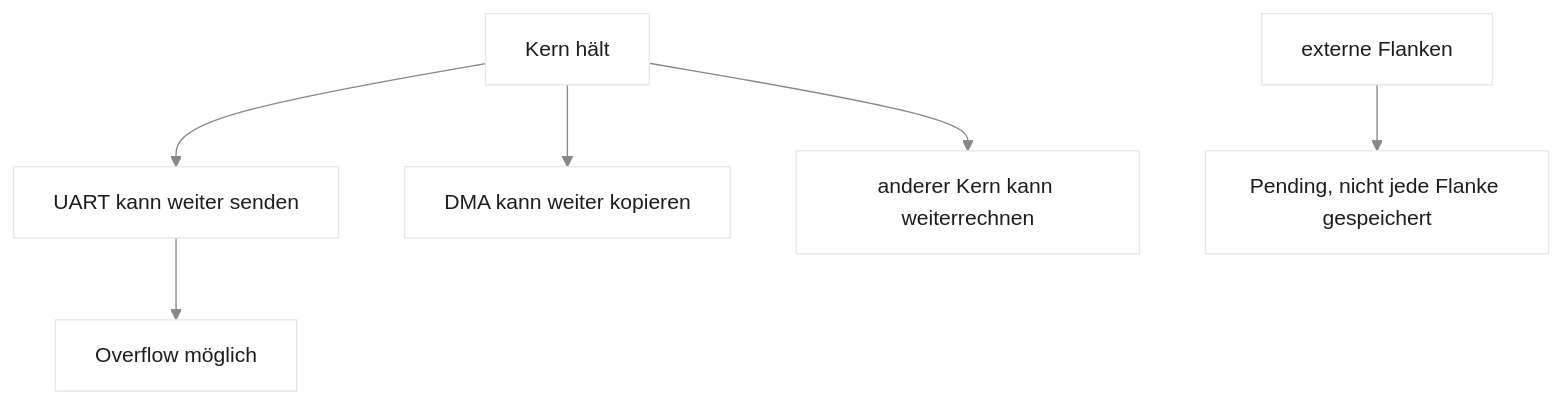
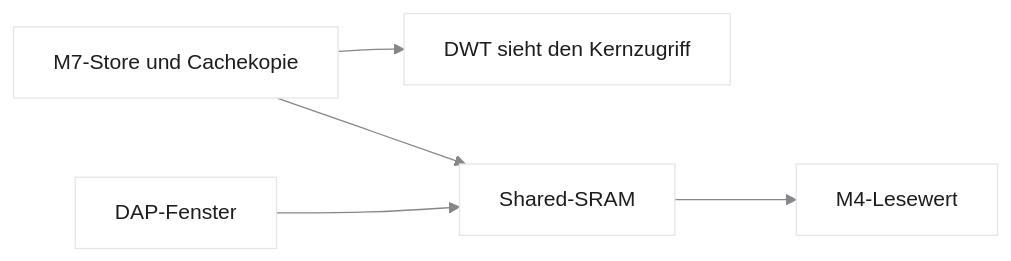
Before and after one commit to dantschi/echtzeitsysteme: the first of 11 diagrams in vorlesungen/07_tracing-timing-analyse.qmd, drawn with Mermaid. The commit also changed other lines of this file, not shown here.

````diff
--- a/vorlesungen/07_tracing-timing-analyse.qmd
+++ b/vorlesungen/07_tracing-timing-analyse.qmd
@@ -112,10 +50,9 @@
 ```{mermaid}
-%%| fig-width: 6.2
+%%| fig-width: 8.2
 %%{init: {'theme': 'base', 'themeVariables': {'background': '#FFFFFF', 'primaryColor': '#FFFFFF', 'primaryBorderColor': '#E5E5EA', 'primaryTextColor': '#1D1D1F', 'lineColor': '#86868B'}}}%%
-flowchart TB
-  H[Kern hält] --> U[UART kann weiter senden]
-  H --> D[DMA kann weiter kopieren]
-  H --> O[anderer Kern kann weiterrechnen]
-  U --> X[Overflow möglich]
-  E[externe Flanken] --> P[Pending, nicht jede Flanke gespeichert]
+flowchart LR
+  M7["M7-Store und Cachekopie"] --> DWT["DWT sieht den Kernzugriff"]
+  M7 --> SRAM["Shared-SRAM"]
+  SRAM --> M4["M4-Lesewert"]
+  DAP["DAP-Fenster"] --> SRAM
 ```
````
